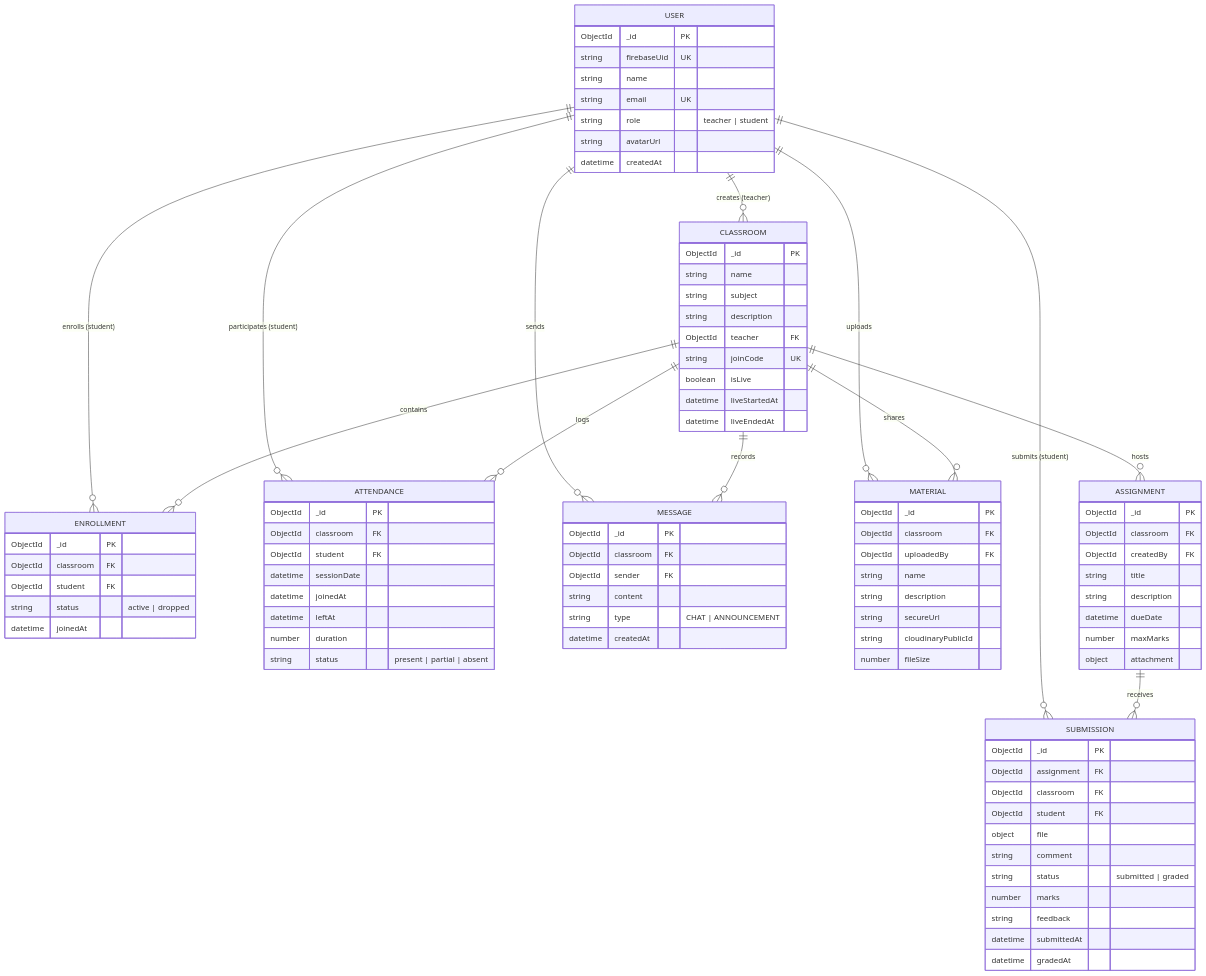
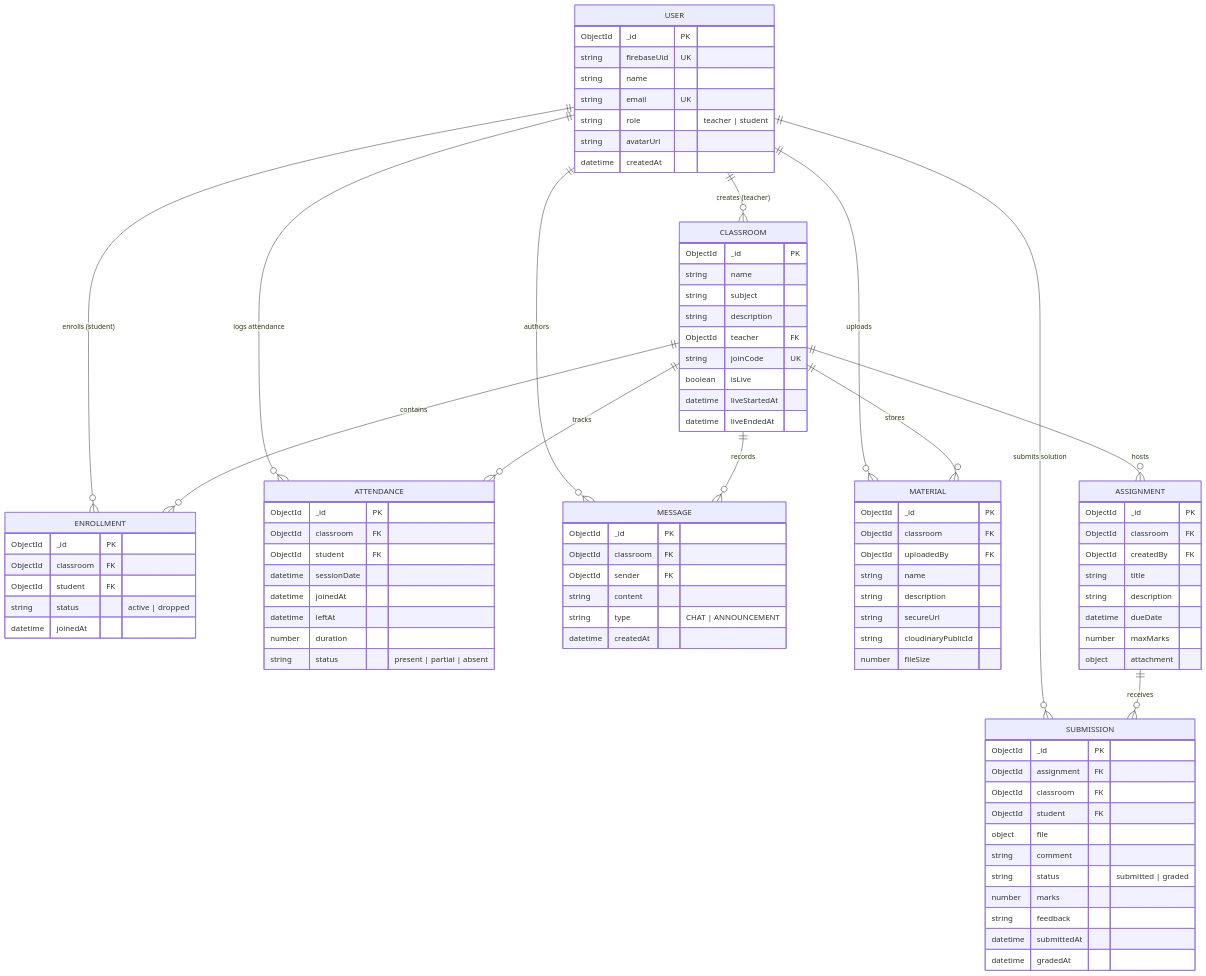
Before and after one commit to anushkaadak2684/ClassSphere: the second of 2 diagrams in README.md, drawn with Mermaid. The commit also changed other lines of this file, not shown here.

```diff
--- a/README.md
+++ b/README.md
@@ -84,15 +176,15 @@
 erDiagram
     USER ||--o{ CLASSROOM : "creates (teacher)"
     USER ||--o{ ENROLLMENT : "enrolls (student)"
-    USER ||--o{ ATTENDANCE : "participates (student)"
-    USER ||--o{ SUBMISSION : "submits (student)"
-    USER ||--o{ MESSAGE : "sends"
+    USER ||--o{ ATTENDANCE : "logs attendance"
+    USER ||--o{ SUBMISSION : "submits solution"
+    USER ||--o{ MESSAGE : "authors"
     USER ||--o{ MATERIAL : "uploads"
 
     CLASSROOM ||--o{ ENROLLMENT : "contains"
-    CLASSROOM ||--o{ ATTENDANCE : "logs"
+    CLASSROOM ||--o{ ATTENDANCE : "tracks"
     CLASSROOM ||--o{ ASSIGNMENT : "hosts"
-    CLASSROOM ||--o{ MATERIAL : "shares"
+    CLASSROOM ||--o{ MATERIAL : "stores"
     CLASSROOM ||--o{ MESSAGE : "records"
 
     ASSIGNMENT ||--o{ SUBMISSION : "receives"
```
